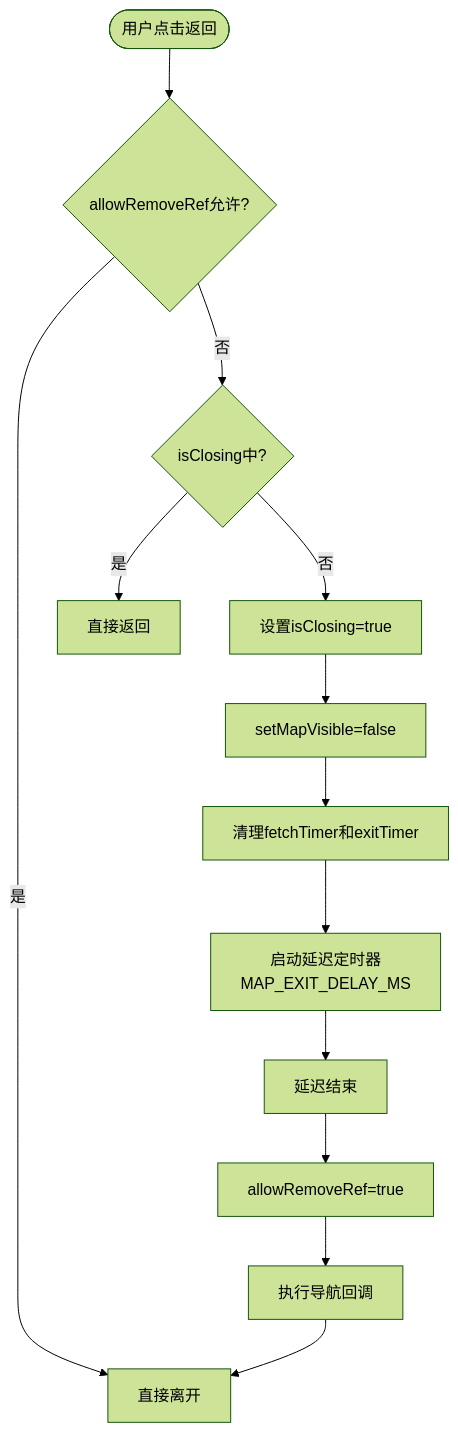
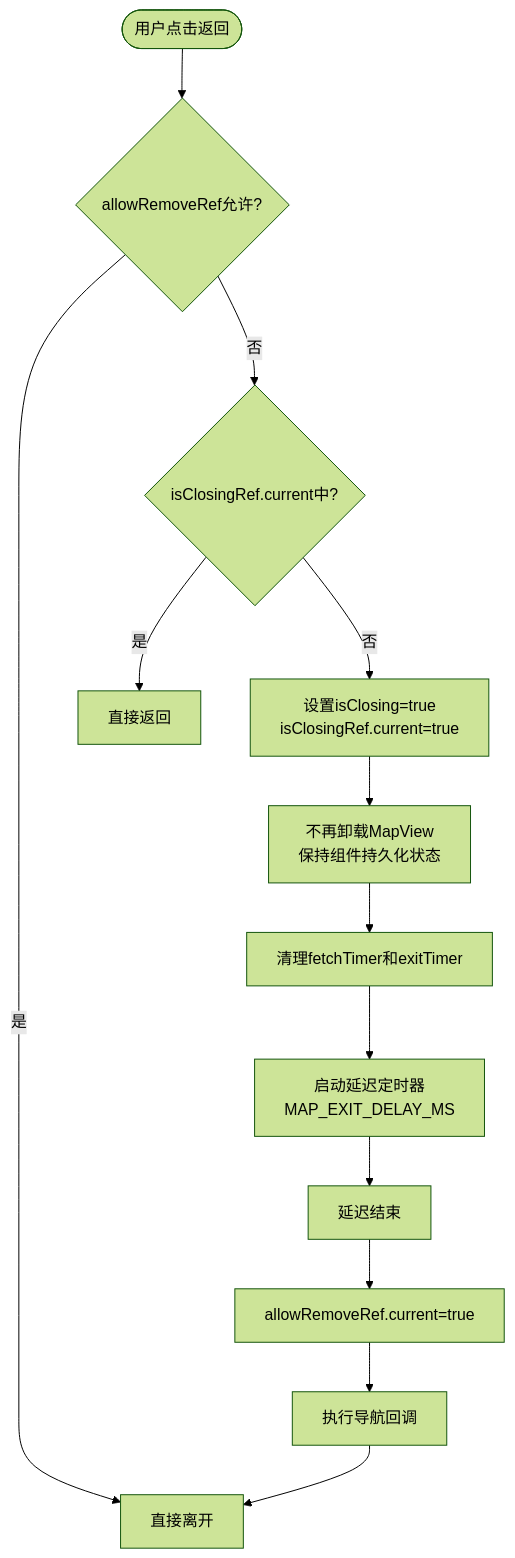
One commit to yinsw-c2e/drone_Rental_platform_v1 changed the seventh of 10 diagrams in .qoder/repowiki/zh/content/移动端应用/位置服务模块.md. Above: the diagram before and after it, drawn with Mermaid (forest theme). The commit also changed other lines of this file and 23 other files, not shown here.

````diff
--- a/.qoder/repowiki/zh/content/移动端应用/位置服务模块.md
+++ b/.qoder/repowiki/zh/content/移动端应用/位置服务模块.md
@@ -367,15 +372,15 @@
 ```mermaid
 flowchart TD
 Start(["用户点击返回"]) --> CheckAllow{"allowRemoveRef允许?"}
 CheckAllow --> |是| DirectLeave["直接离开"]
-CheckAllow --> |否| CheckClosing{"isClosing中?"}
+CheckAllow --> |否| CheckClosing{"isClosingRef.current中?"}
 CheckClosing --> |是| Return["直接返回"]
-CheckClosing --> |否| SetClosing["设置isClosing=true"]
-SetClosing --> HideMap["setMapVisible=false"]
+CheckClosing --> |否| SetClosing["设置isClosing=true<br/>isClosingRef.current=true"]
+SetClosing --> HideMap["不再卸载MapView<br/>保持组件持久化状态"]
 HideMap --> ClearTimers["清理fetchTimer和exitTimer"]
 ClearTimers --> StartDelay["启动延迟定时器<br/>MAP_EXIT_DELAY_MS"]
 StartDelay --> DelayEnd["延迟结束"]
-DelayEnd --> AllowRemove["allowRemoveRef=true"]
+DelayEnd --> AllowRemove["allowRemoveRef.current=true"]
 AllowRemove --> ExecuteLeave["执行导航回调"]
 ExecuteLeave --> DirectLeave
 ```
````
